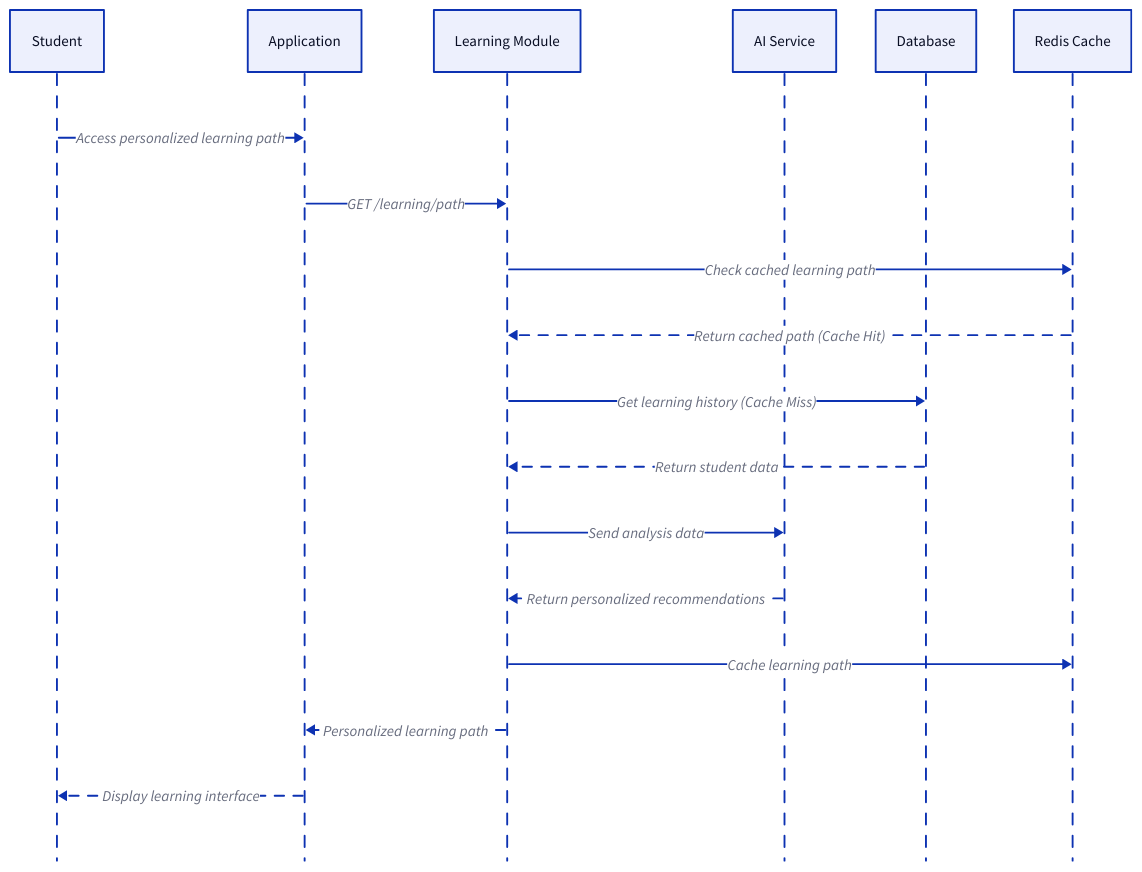
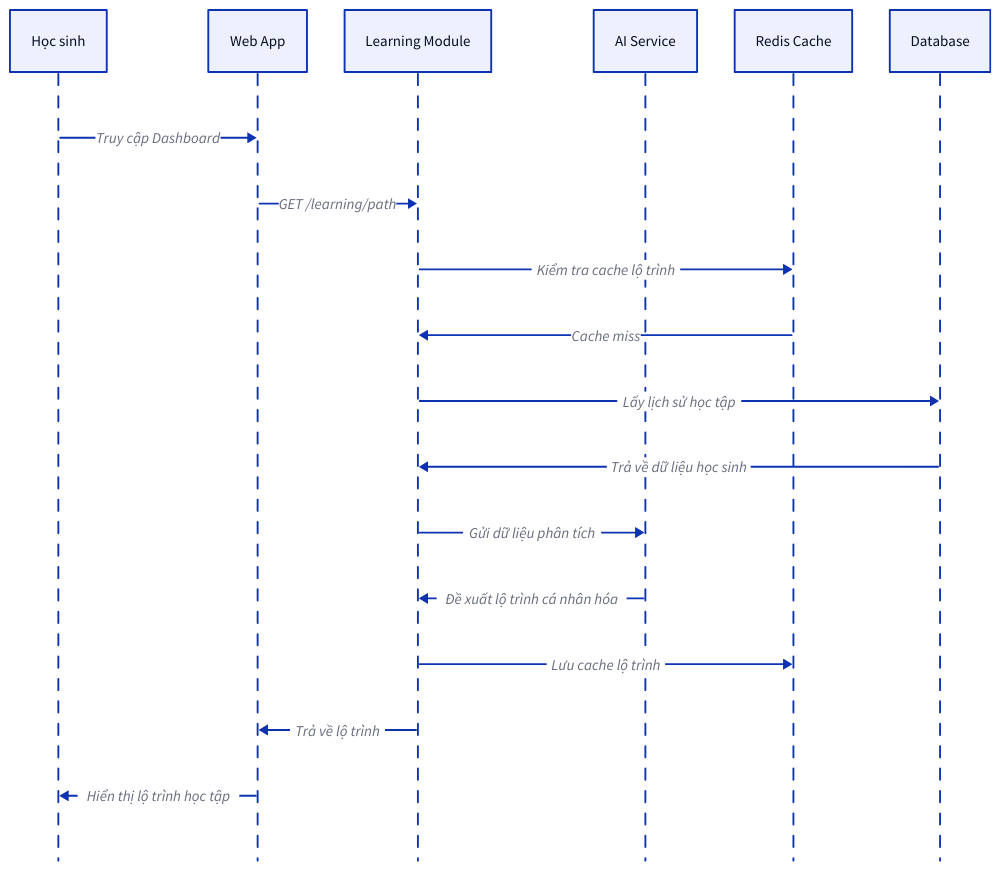
One commit to philongdanh/lms changed the second of 5 diagrams in docs/specs/01-arch/design.md. Above: the diagram before and after it, drawn with D2. The commit also changed other lines of this file and 4 other files, not shown here.

````diff
--- a/docs/specs/01-arch/design.md
+++ b/docs/specs/01-arch/design.md
@@ -218,32 +75,24 @@
 ```d2
 shape: sequence_diagram
 
-Student: Student
-App: Application
+direction: right
+
+HọcSinh: Học sinh
+App: Web App
 Learning: Learning Module
 AI: AI Service
+Cache: Redis Cache
 DB: Database
-Cache: Redis Cache
 
-Student -> App: Access personalized learning path
+HọcSinh -> App: Truy cập Dashboard
 App -> Learning: GET /learning/path
-Learning -> Cache: Check cached learning path
-Cache -> Learning: Return cached path (Cache Hit) {
-  style.stroke-dash: 5
-}
-Learning -> DB: Get learning history (Cache Miss)
-DB -> Learning: Return student data {
-  style.stroke-dash: 5
-}
-Learning -> AI: Send analysis data
-AI -> Learning: Return personalized recommendations {
-  style.stroke-dash: 5
-}
-Learning -> Cache: Cache learning path
-Learning -> App: Personalized learning path {
-  style.stroke-dash: 5
-}
-App -> Student: Display learning interface {
-  style.stroke-dash: 5
-}
+Learning -> Cache: Kiểm tra cache lộ trình
+Cache -> Learning: Cache miss
+Learning -> DB: Lấy lịch sử học tập
+DB -> Learning: Trả về dữ liệu học sinh
+Learning -> AI: Gửi dữ liệu phân tích
+AI -> Learning: Đề xuất lộ trình cá nhân hóa
+Learning -> Cache: Lưu cache lộ trình
+Learning -> App: Trả về lộ trình
+App -> HọcSinh: Hiển thị lộ trình học tập
 ```
````
